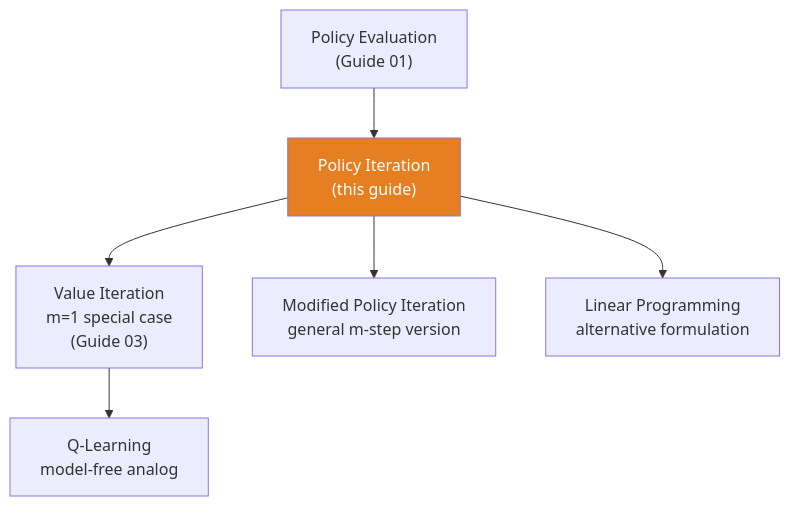
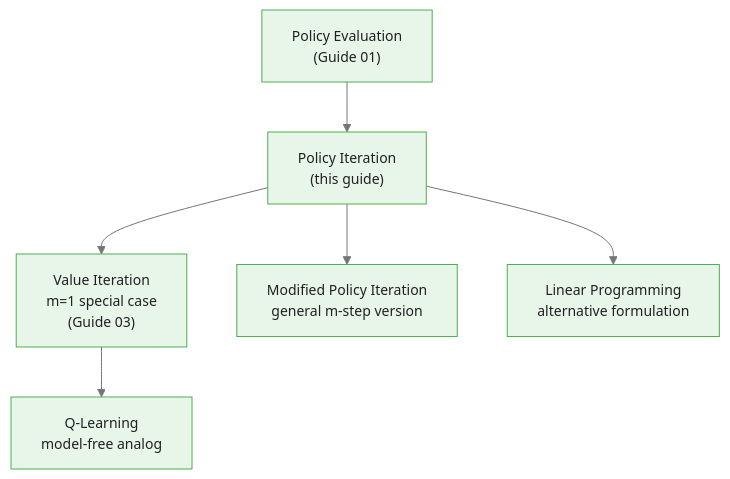
Before and after one commit to m-deane/course-creator: the third of 3 diagrams in courses/reinforcement-learning/modules/module_01_dynamic_programming/guides/02_policy_iteration_slides.md, drawn with Mermaid. The commit also changed other lines of this file and 131 other files, not shown here.

````diff
--- a/courses/reinforcement-learning/modules/module_01_dynamic_programming/guides/02_policy_iteration_slides.md
+++ b/courses/reinforcement-learning/modules/module_01_dynamic_programming/guides/02_policy_iteration_slides.md
@@ -288,9 +329,9 @@
 ```mermaid
+%%{init: {"theme": "base", "themeVariables": {"primaryColor": "#e8f5e9", "primaryBorderColor": "#4caf50", "primaryTextColor": "#212121", "secondaryColor": "#e3f2fd", "tertiaryColor": "#fff8e1", "lineColor": "#757575", "fontFamily": "Inter, sans-serif", "fontSize": "14px"}}}%%
 flowchart TD
     PE["Policy Evaluation\n(Guide 01)"] --> PIt["Policy Iteration\n(this guide)"]
     PIt --> VI["Value Iteration\nm=1 special case\n(Guide 03)"]
     PIt --> MPI["Modified Policy Iteration\ngeneral m-step version"]
     PIt --> LPsol["Linear Programming\nalternative formulation"]
     VI --> QLearn["Q-Learning\nmodel-free analog"]
-    style PIt fill:#e67e22,color:#fff
 ```
````
